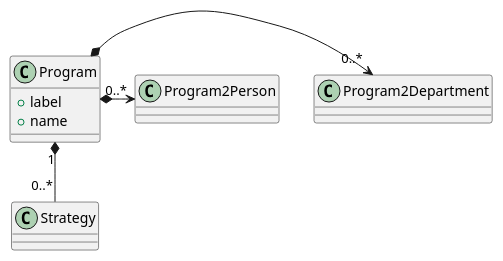
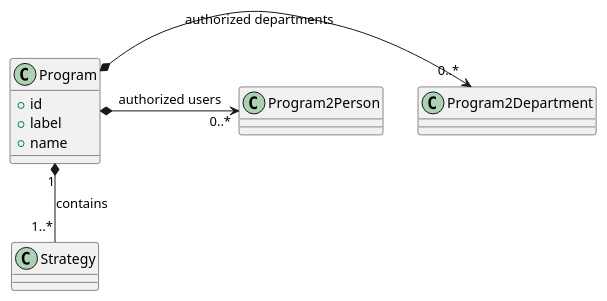
Before and after one commit to sumaris-net/sumaris-doc: the diagram in model/administration/program.puml, drawn with PlantUML. The commit also changed 12 other files, not shown here.

Commit message:
[enh] Model: Add data class diagrams in english

```diff
--- a/model/administration/program.puml
+++ b/model/administration/program.puml
@@ -1,13 +1,14 @@
 @startuml
 
 class Program {
+ +id
  +label
  +name
 }
 
-Program *-right-> "0..*" Program2Department
-Program *-right-> "0..*" Program2Person
-Program "1" *-down- "0..*" Strategy
+Program *-right-> "0..*" Program2Department: "authorized departments"
+Program *-right-> "0..*" Program2Person: "authorized users"
+Program "1" *-down- "1..*" Strategy: contains
 
 
 @enduml
```
